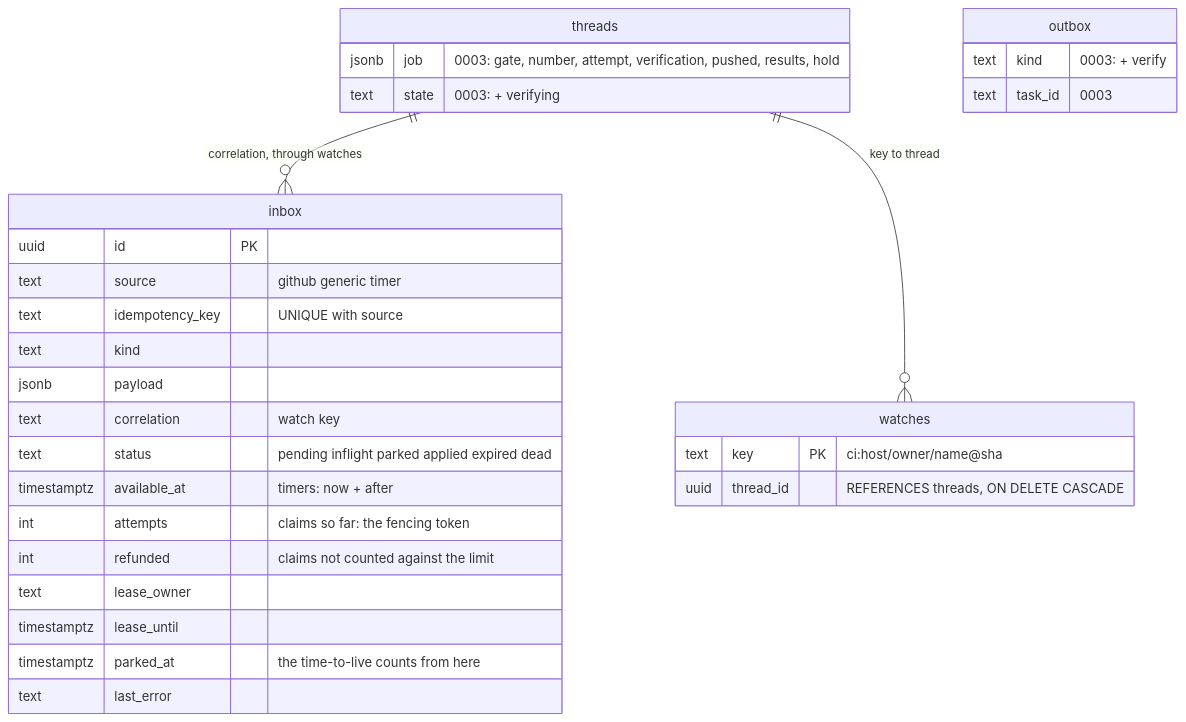
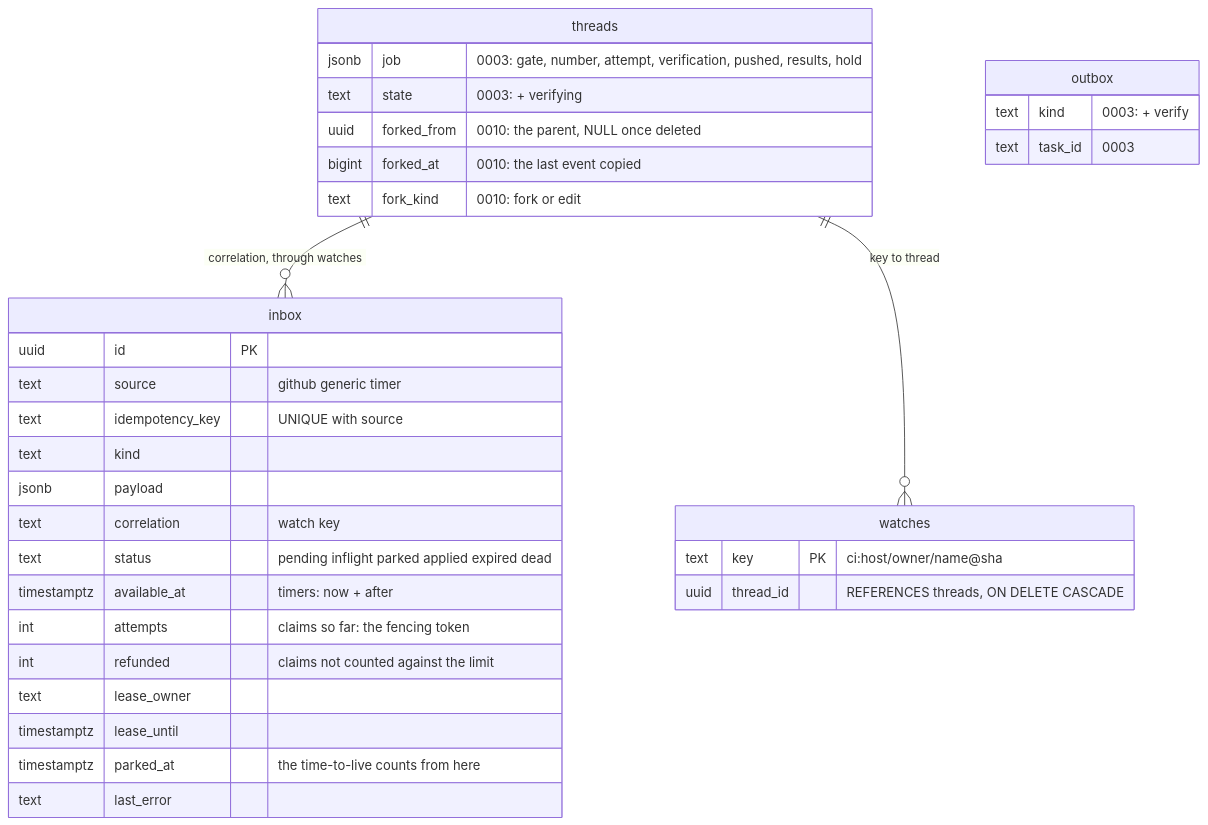
Before and after one commit to vymalo/another-agentic-system: diagram 24 of 28 in docs/orchestrator.md, drawn with Mermaid. The commit also changed other lines of this file and 44 other files, not shown here.

First line of the commit message:
feat: fork a thread — the thread_forked event and the fork API (F1–F2) (#89)

````diff
--- a/docs/orchestrator.md
+++ b/docs/orchestrator.md
@@ -1470,33 +1514,36 @@
 ```mermaid
 erDiagram
   threads ||--o{ inbox : "correlation, through watches"
   threads ||--o{ watches : "key to thread"
   threads {
     jsonb job "0003: gate, number, attempt, verification, pushed, results, hold"
     text state "0003: + verifying"
+    uuid forked_from "0010: the parent, NULL once deleted"
+    bigint forked_at "0010: the last event copied"
+    text fork_kind "0010: fork or edit"
   }
   outbox {
     text kind "0003: + verify"
     text task_id "0003"
   }
   inbox {
     uuid id PK
     text source "github generic timer"
     text idempotency_key "UNIQUE with source"
     text kind
     jsonb payload
     text correlation "watch key"
     text status "pending inflight parked applied expired dead"
     timestamptz available_at "timers: now + after"
     int attempts "claims so far: the fencing token"
     int refunded "claims not counted against the limit"
     text lease_owner
     timestamptz lease_until
     timestamptz parked_at "the time-to-live counts from here"
     text last_error
   }
   watches {
     text key PK "ci:host/owner/name@sha"
     uuid thread_id "REFERENCES threads, ON DELETE CASCADE"
   }
 ```
````
